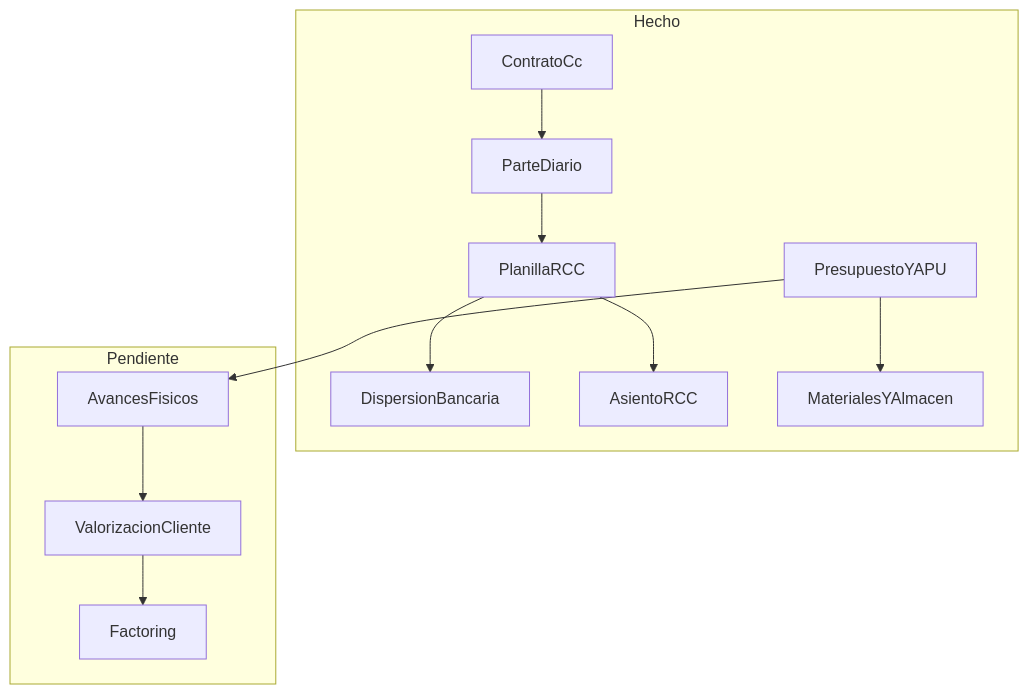
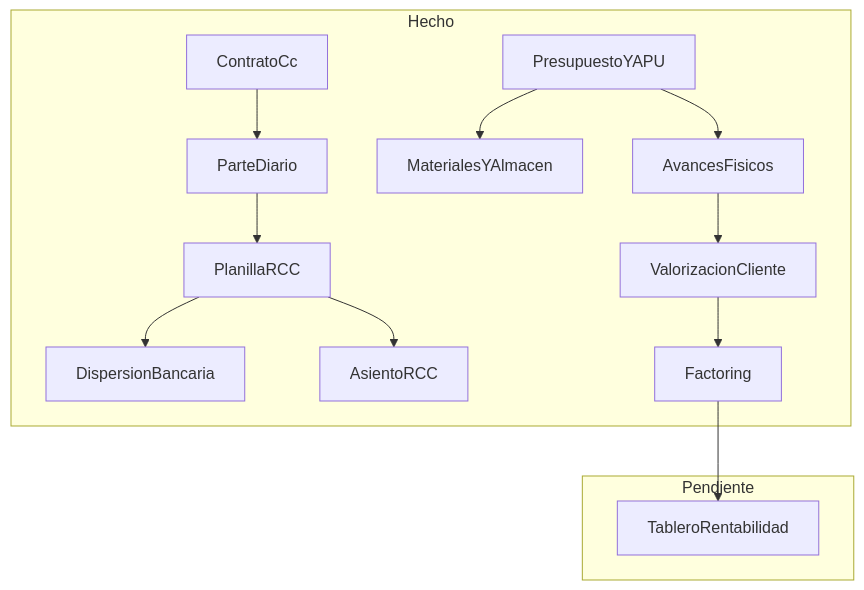
One commit to foreverLilRed/Convecsa-ERP changed the second of 5 diagrams in docs/proyectos/seguimiento-proyectos.md. Above: the diagram before and after it, drawn with Mermaid. The commit also changed other lines of this file and 81 other files, not shown here.

````diff
--- a/docs/proyectos/seguimiento-proyectos.md
+++ b/docs/proyectos/seguimiento-proyectos.md
@@ -44,16 +44,17 @@
 ```mermaid
 flowchart TB
   subgraph hecho [Hecho]
     Contrato[ContratoCc] --> Tareo[ParteDiario]
     Tareo --> Planilla[PlanillaRCC]
     Planilla --> Dispersion[DispersionBancaria]
     Planilla --> Asiento[AsientoRCC]
     Presupuesto[PresupuestoYAPU]
     Presupuesto --> Materiales[MaterialesYAlmacen]
-  end
-  subgraph pendiente [Pendiente]
     Presupuesto --> Avances[AvancesFisicos]
     Avances --> Valorizacion[ValorizacionCliente]
     Valorizacion --> Factoring[Factoring]
   end
+  subgraph pendiente [Pendiente]
+    Factoring --> Rentabilidad[TableroRentabilidad]
+  end
 ```
````
